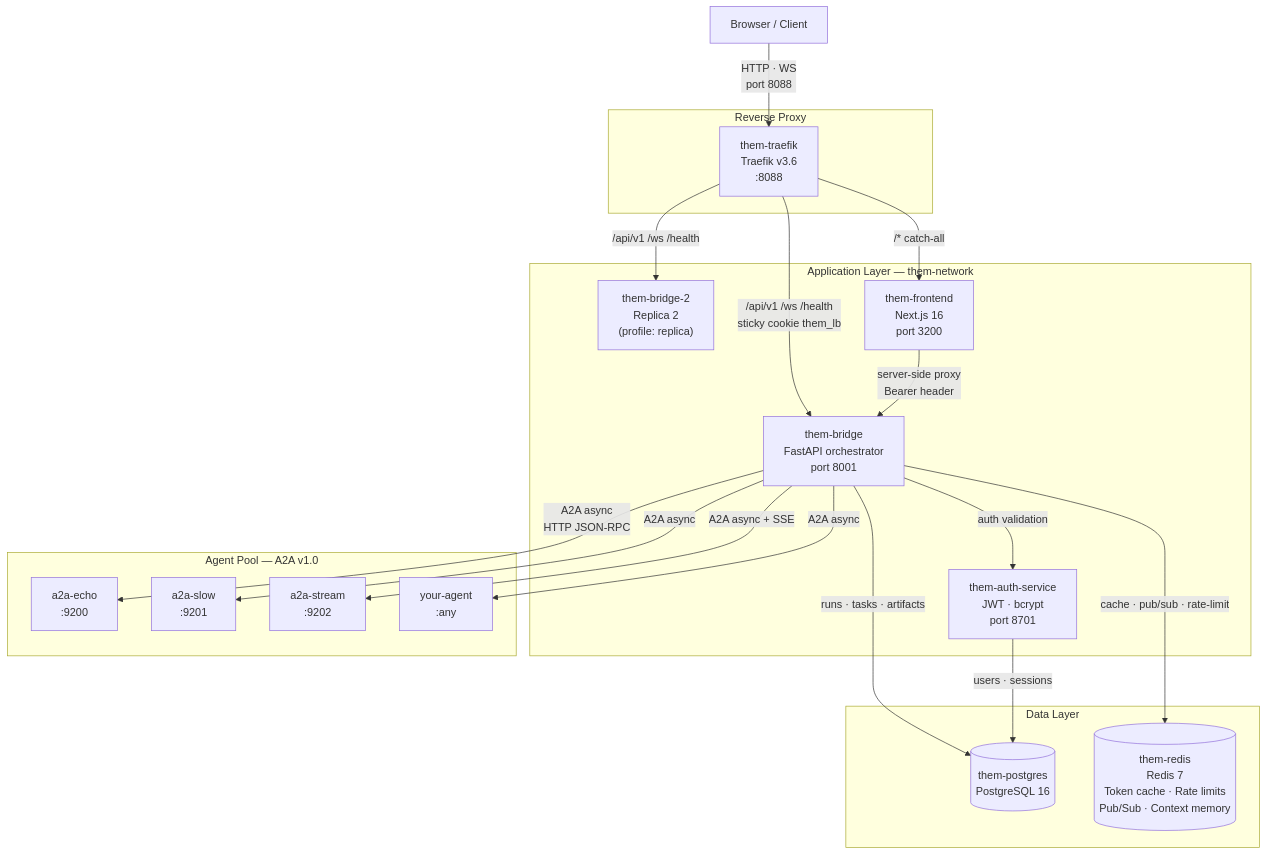
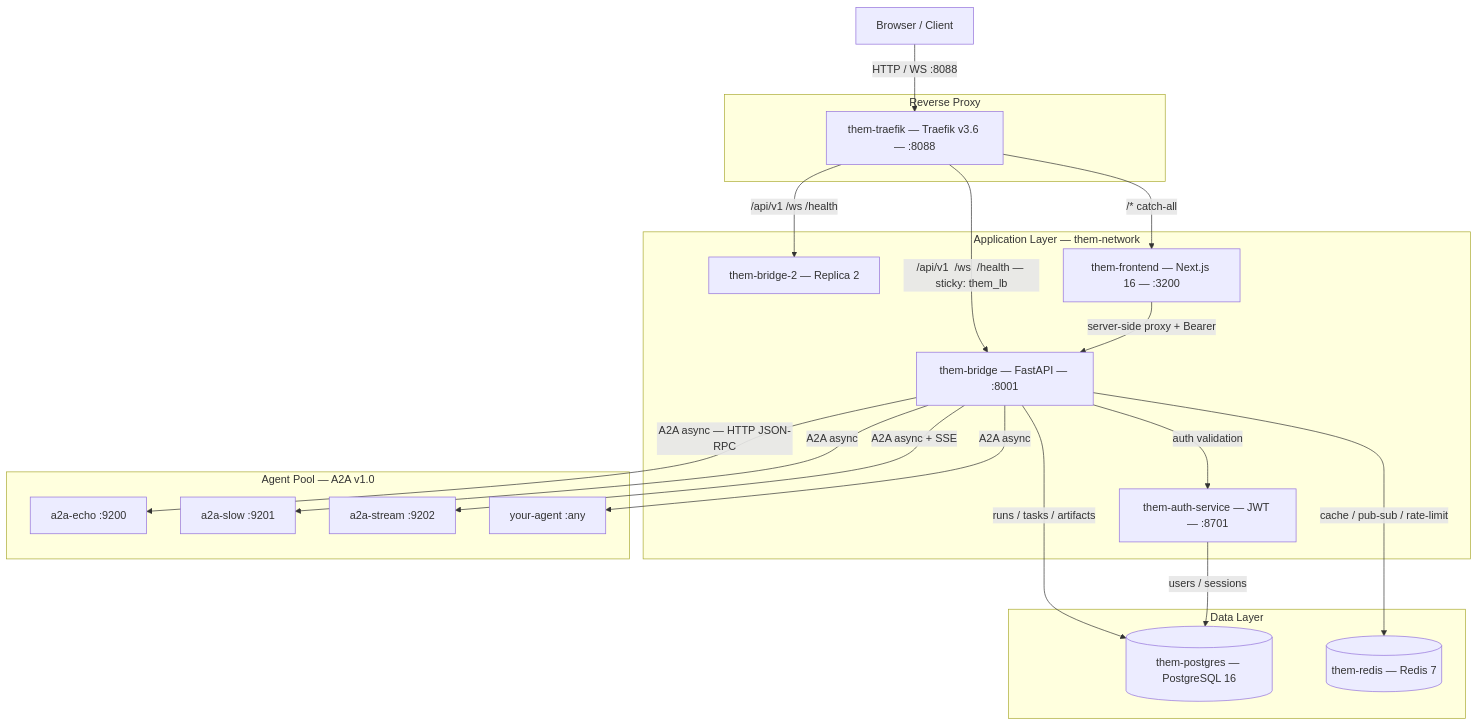
The diagram in README.md (aviciot/odin-stuck), drawn with Mermaid before and after one commit.

Commit message:
fix: replace \n and em-dash in Mermaid diagram for GitHub renderer compatibility
GitHub's Mermaid v10 renderer doesn't support \n inside node labels — text
either collapses or fails to parse. Em-dashes in subgraph titles also cause
intermittent parse errors. Switched to single-line labels with spaced dashes.

````diff
--- a/README.md
+++ b/README.md
@@ -29,43 +29,43 @@
 ```mermaid
 graph TD
     Browser["Browser / Client"]
 
     subgraph Proxy["Reverse Proxy"]
-        Traefik["them-traefik\nTraefik v3.6\n:8088"]
+        Traefik["them-traefik — Traefik v3.6 — :8088"]
     end
 
-    subgraph App["Application Layer  —  them-network"]
-        Bridge["them-bridge\nFastAPI orchestrator\nport 8001"]
-        Bridge2["them-bridge-2\nReplica 2\n(profile: replica)"]
-        Auth["them-auth-service\nJWT · bcrypt\nport 8701"]
-        Frontend["them-frontend\nNext.js 16\nport 3200"]
+    subgraph App["Application Layer — them-network"]
+        Bridge["them-bridge — FastAPI — :8001"]
+        Bridge2["them-bridge-2 — Replica 2"]
+        Auth["them-auth-service — JWT — :8701"]
+        Frontend["them-frontend — Next.js 16 — :3200"]
     end
 
     subgraph Data["Data Layer"]
-        PG[("them-postgres\nPostgreSQL 16")]
-        Redis[("them-redis\nRedis 7\nToken cache · Rate limits\nPub/Sub · Context memory")]
+        PG[("them-postgres — PostgreSQL 16")]
+        Redis[("them-redis — Redis 7")]
     end
 
-    subgraph Agents["Agent Pool  —  A2A v1.0"]
-        Echo["a2a-echo\n:9200"]
-        Slow["a2a-slow\n:9201"]
-        Stream["a2a-stream\n:9202"]
-        Custom["your-agent\n:any"]
+    subgraph Agents["Agent Pool — A2A v1.0"]
+        Echo["a2a-echo :9200"]
+        Slow["a2a-slow :9201"]
+        Stream["a2a-stream :9202"]
+        Custom["your-agent :any"]
     end
 
-    Browser -->|"HTTP · WS\nport 8088"| Traefik
-    Traefik -->|"/api/v1  /ws  /health\nsticky cookie them_lb"| Bridge
+    Browser -->|"HTTP / WS  :8088"| Traefik
+    Traefik -->|"/api/v1  /ws  /health — sticky: them_lb"| Bridge
     Traefik -->|"/api/v1  /ws  /health"| Bridge2
     Traefik -->|"/* catch-all"| Frontend
 
-    Frontend -->|"server-side proxy\nBearer header"| Bridge
+    Frontend -->|"server-side proxy + Bearer"| Bridge
     Bridge -->|"auth validation"| Auth
-    Bridge -->|"runs · tasks · artifacts"| PG
-    Bridge -->|"cache · pub/sub · rate-limit"| Redis
-    Auth -->|"users · sessions"| PG
+    Bridge -->|"runs / tasks / artifacts"| PG
+    Bridge -->|"cache / pub-sub / rate-limit"| Redis
+    Auth -->|"users / sessions"| PG
 
-    Bridge -->|"A2A async\nHTTP JSON-RPC"| Echo
+    Bridge -->|"A2A async — HTTP JSON-RPC"| Echo
     Bridge -->|"A2A async"| Slow
     Bridge -->|"A2A async + SSE"| Stream
     Bridge -->|"A2A async"| Custom
 ```
````
